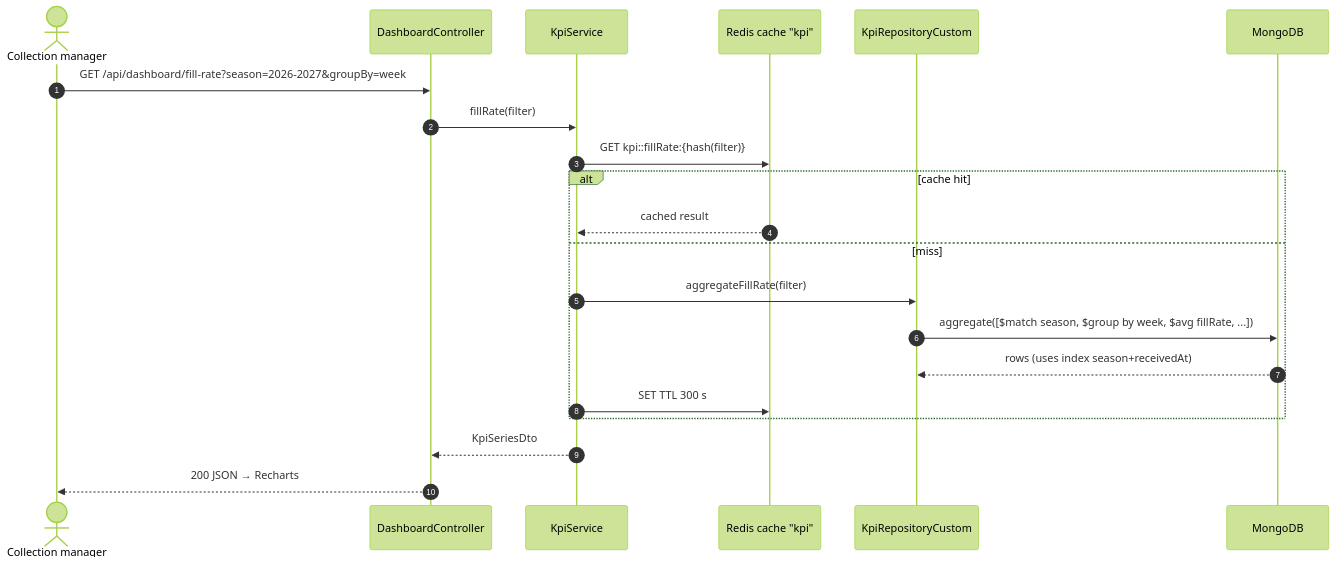
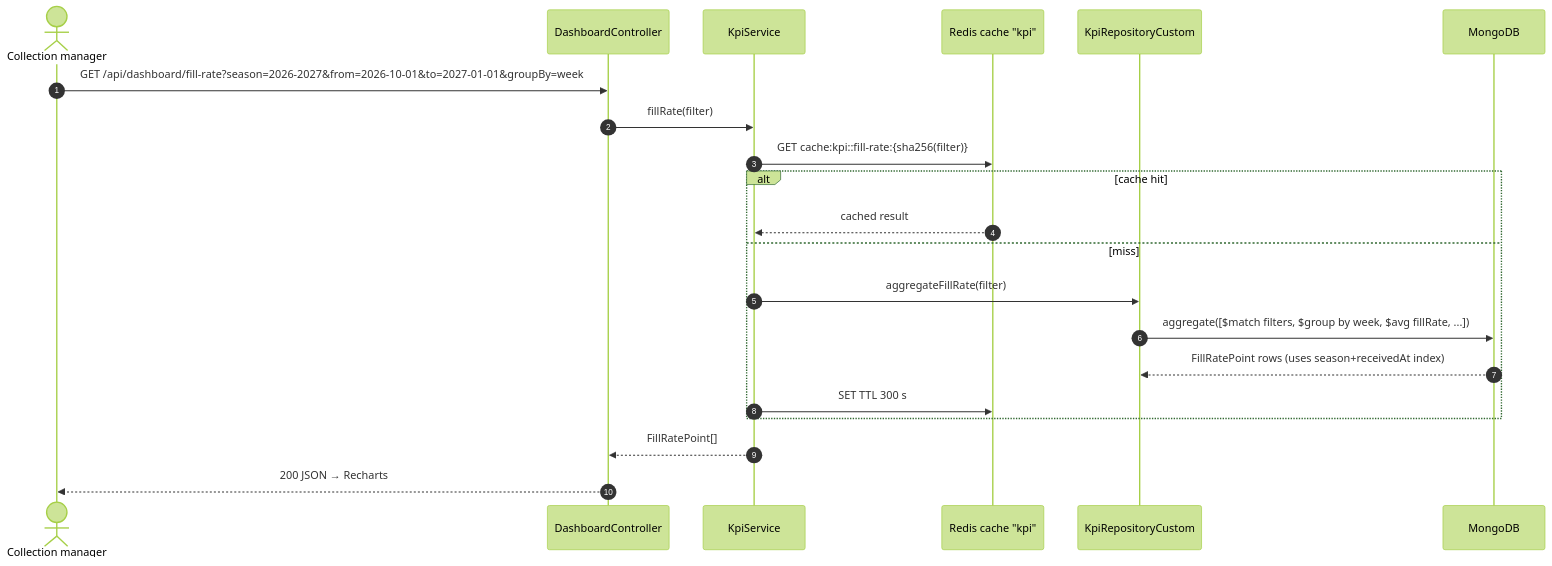
Before and after one commit to Iyed-M/olive-connect: diagram 12 of 21 in docs/04-uml-design.md, drawn with Mermaid (forest theme). The commit also changed other lines of this file and 6 other files, not shown here.

````diff
--- a/docs/04-uml-design.md
+++ b/docs/04-uml-design.md
@@ -1128,24 +1128,24 @@
 ```mermaid
 sequenceDiagram
     autonumber
     actor CM as Collection manager
     participant C as DashboardController
     participant K as KpiService
     participant RC as Redis cache "kpi"
     participant KR as KpiRepositoryCustom
     participant M as MongoDB
 
-    CM->>C: GET /api/dashboard/fill-rate?season=2026-2027&groupBy=week
+    CM->>C: GET /api/dashboard/fill-rate?season=2026-2027&from=2026-10-01&to=2027-01-01&groupBy=week
     C->>K: fillRate(filter)
-    K->>RC: GET kpi::fillRate:{hash(filter)}
+    K->>RC: GET cache:kpi::fill-rate:{sha256(filter)}
     alt cache hit
         RC-->>K: cached result
     else miss
         K->>KR: aggregateFillRate(filter)
-        KR->>M: aggregate([$match season, $group by week, $avg fillRate, ...])
-        M-->>KR: rows (uses index season+receivedAt)
+        KR->>M: aggregate([$match filters, $group by week, $avg fillRate, ...])
+        M-->>KR: FillRatePoint rows (uses season+receivedAt index)
         K->>RC: SET TTL 300 s
     end
-    K-->>C: KpiSeriesDto
+    K-->>C: FillRatePoint[]
     C-->>CM: 200 JSON → Recharts
 ```
````
